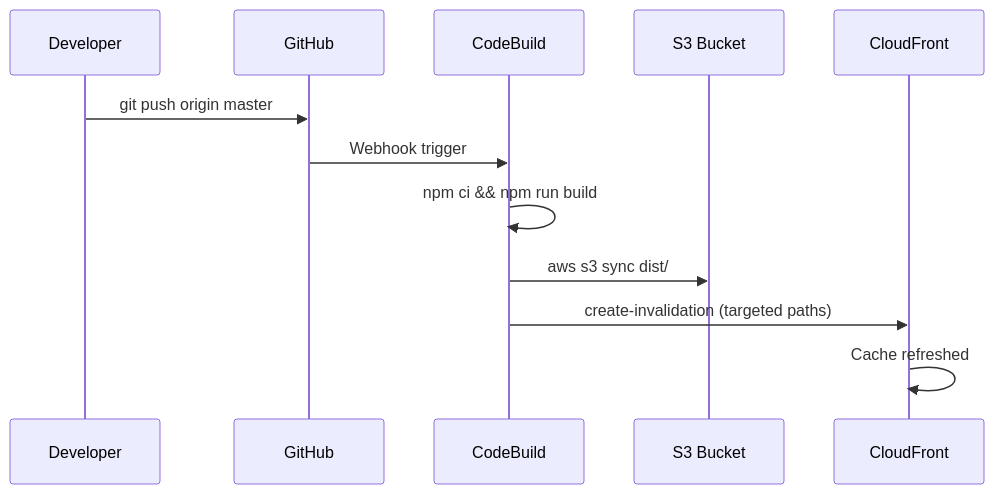
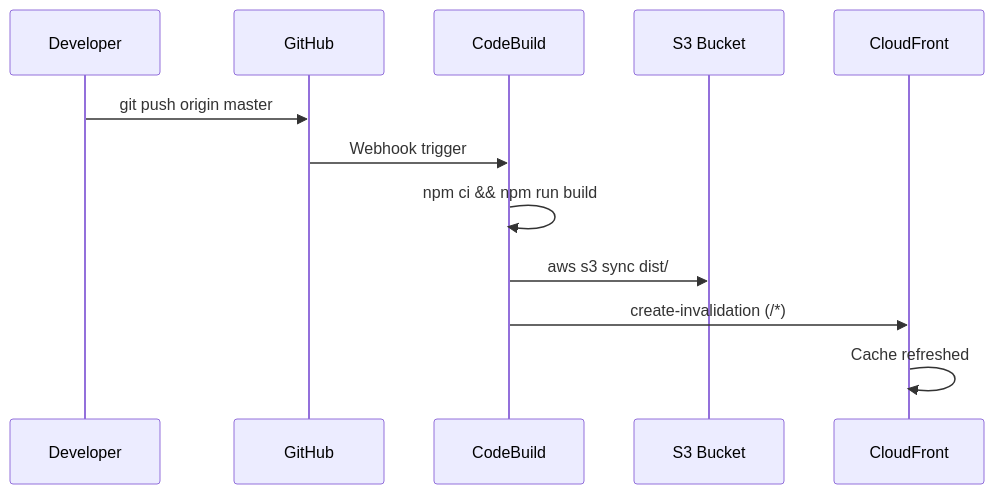
One commit to kzaky/khaledzaky.com changed the third of 4 diagrams in README.md. Above: the diagram before and after it, drawn with Mermaid. The commit also changed other lines of this file and 8 other files, not shown here.

````diff
--- a/README.md
+++ b/README.md
@@ -151,15 +151,15 @@
 ```mermaid
 sequenceDiagram
     participant Dev as Developer
     participant GH as GitHub
     participant CB as CodeBuild
     participant S3 as S3 Bucket
     participant CF as CloudFront
 
     Dev->>GH: git push origin master
     GH->>CB: Webhook trigger
     CB->>CB: npm ci && npm run build
     CB->>S3: aws s3 sync dist/
-    CB->>CF: create-invalidation (targeted paths)
+    CB->>CF: create-invalidation (/*)
     CF->>CF: Cache refreshed
 ```
````
